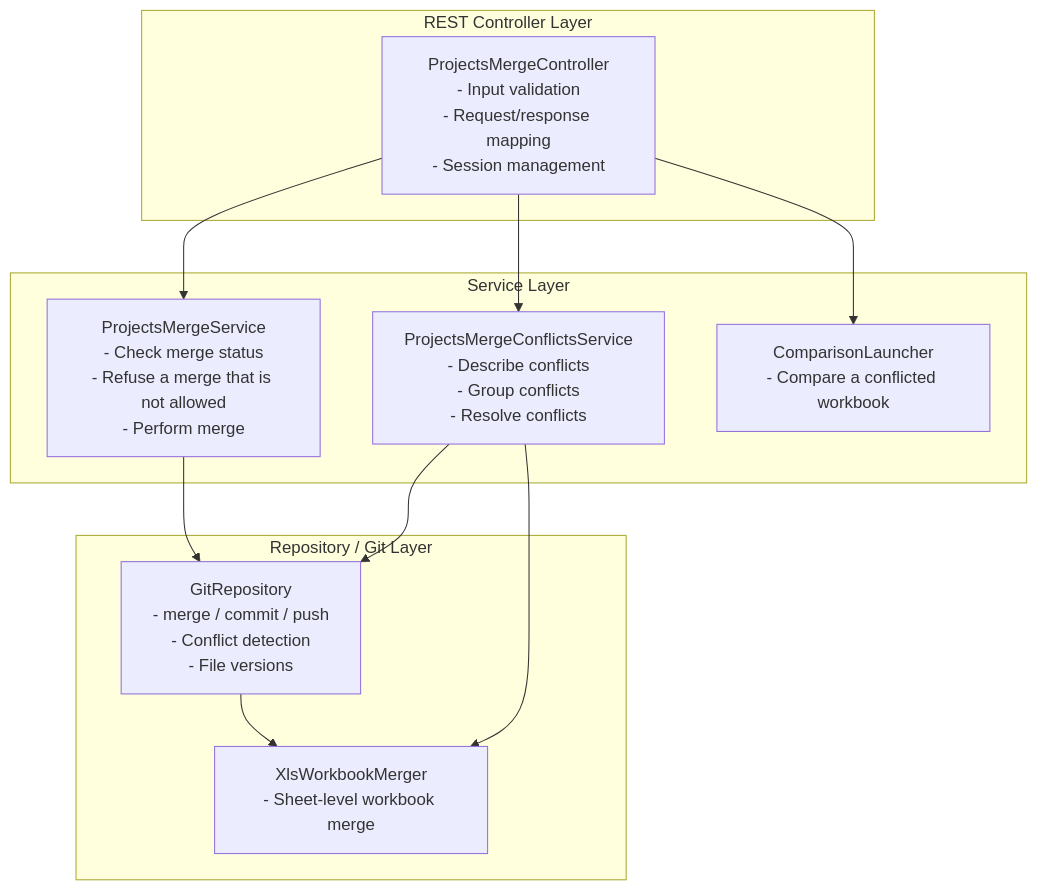
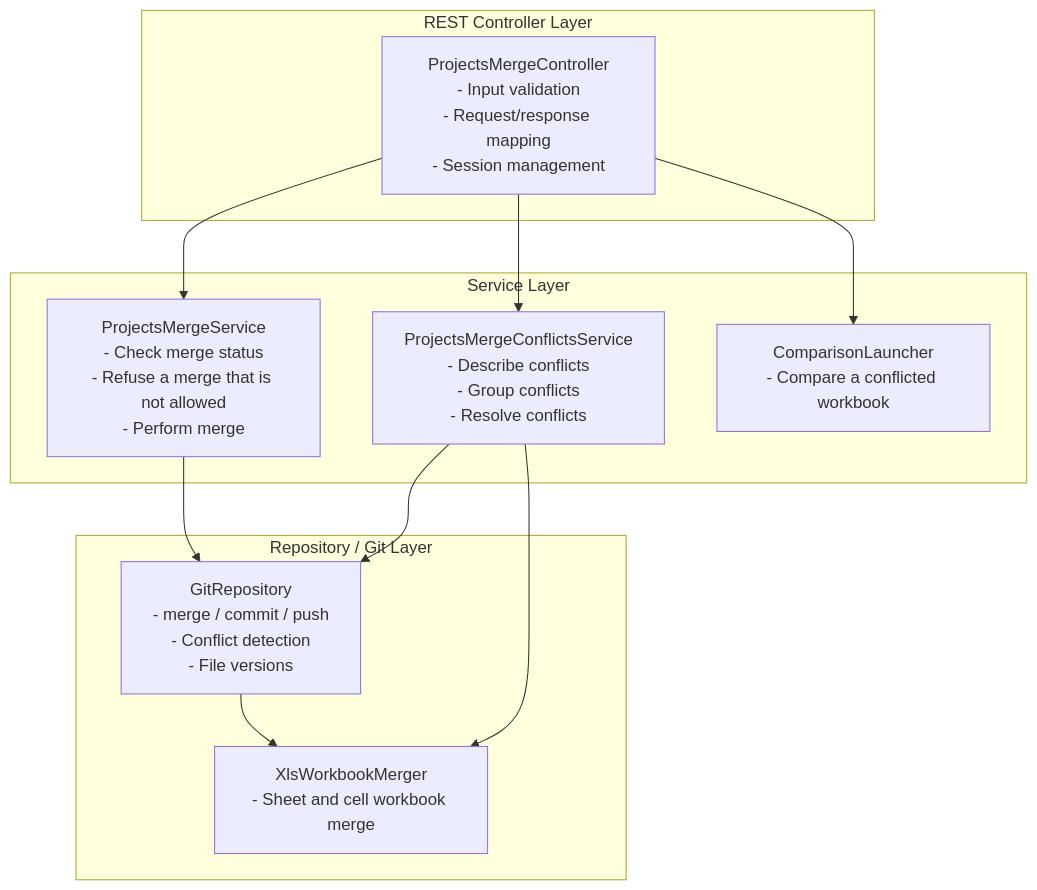
Before and after one commit to openl-tablets/openl-tablets: the first of 2 diagrams in Docs/api/projects-merge-api.md, drawn with Mermaid. The commit also changed other lines of this file and 257 other files, not shown here.

Commit message:
EPBDS-16883 Merge a workbook sheet changed in both branches cell by cell

````diff
--- a/Docs/api/projects-merge-api.md
+++ b/Docs/api/projects-merge-api.md
@@ -52,29 +52,29 @@
 ```mermaid
 flowchart TB
     %% REST Controller Layer
     subgraph REST["REST Controller Layer"]
         C[ProjectsMergeController<br/>- Input validation<br/>- Request/response mapping<br/>- Session management]
     end
 
     %% Service Layer
     subgraph SERVICE["Service Layer"]
         S1[ProjectsMergeService<br/>- Check merge status<br/>- Refuse a merge that is not allowed<br/>- Perform merge]
         S2[ProjectsMergeConflictsService<br/>- Describe conflicts<br/>- Group conflicts<br/>- Resolve conflicts]
         S3[ComparisonLauncher<br/>- Compare a conflicted workbook]
     end
 
     %% Repository / Git Layer
     subgraph GIT["Repository / Git Layer"]
         G[GitRepository<br/>- merge / commit / push<br/>- Conflict detection<br/>- File versions]
-        X[XlsWorkbookMerger<br/>- Sheet-level workbook merge]
+        X[XlsWorkbookMerger<br/>- Sheet and cell workbook merge]
     end
 
     %% Connections
     C --> S1
     C --> S2
     C --> S3
     S1 --> G
     S2 --> G
     S2 --> X
     G --> X
 ```
````
